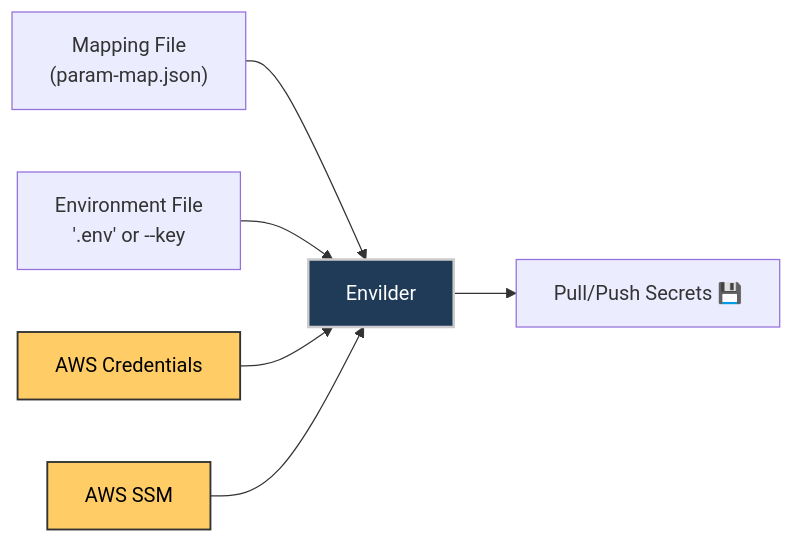
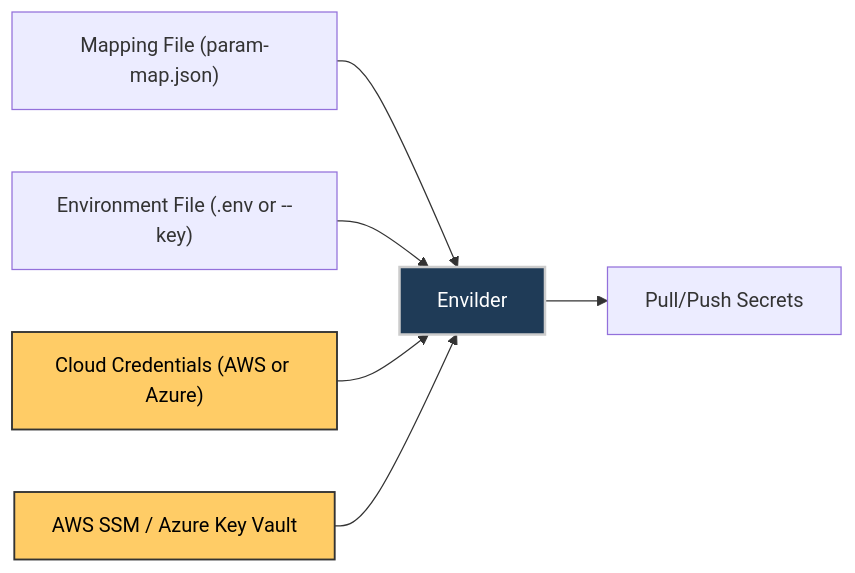
The diagram in README.md (macalbert/envilder), drawn with Mermaid before and after one commit. The commit also changed other lines of this file and 125 other files, not shown here.

Commit message:
feat: add Azure Key Vault provider support with multi-cloud (#90)

````diff
--- a/README.md
+++ b/README.md
@@ -180,11 +339,11 @@
 ```mermaid
 graph LR
-    A["Mapping File<br/>(param-map.json)"] --> B[Envilder]:::core
-    C["Environment File<br/> '.env' or --key"] --> B
-    D["AWS Credentials"]:::aws --> B
-    E["AWS SSM"]:::aws --> B
-    B --> F["Pull/Push Secrets 💾"]
+    A["Mapping File (param-map.json)"] --> B[Envilder]:::core
+    C["Environment File (.env or --key)"] --> B
+    D["Cloud Credentials (AWS or Azure)"]:::cloud --> B
+    E["AWS SSM / Azure Key Vault"]:::cloud --> B
+    B --> F["Pull/Push Secrets"]
 
-    classDef aws fill:#ffcc66,color:#000000,stroke:#333,stroke-width:1.5px;
+    classDef cloud fill:#ffcc66,color:#000000,stroke:#333,stroke-width:1.5px;
     classDef core fill:#1f3b57,color:#fff,stroke:#ccc,stroke-width:2px;
 ```
````
